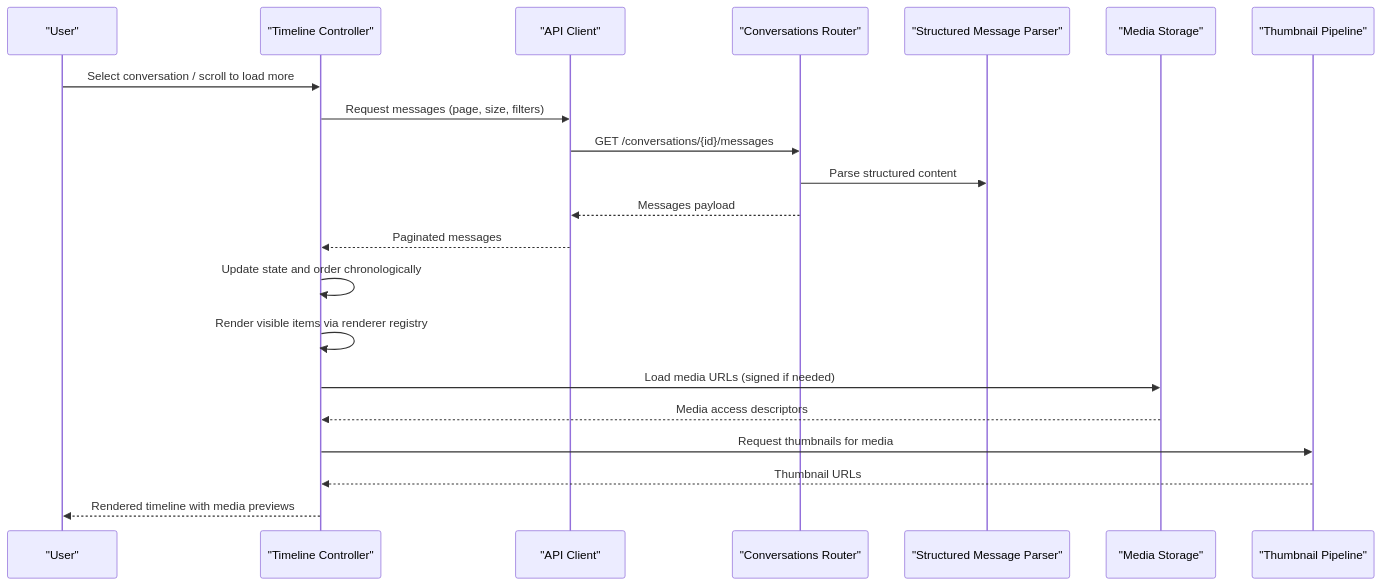
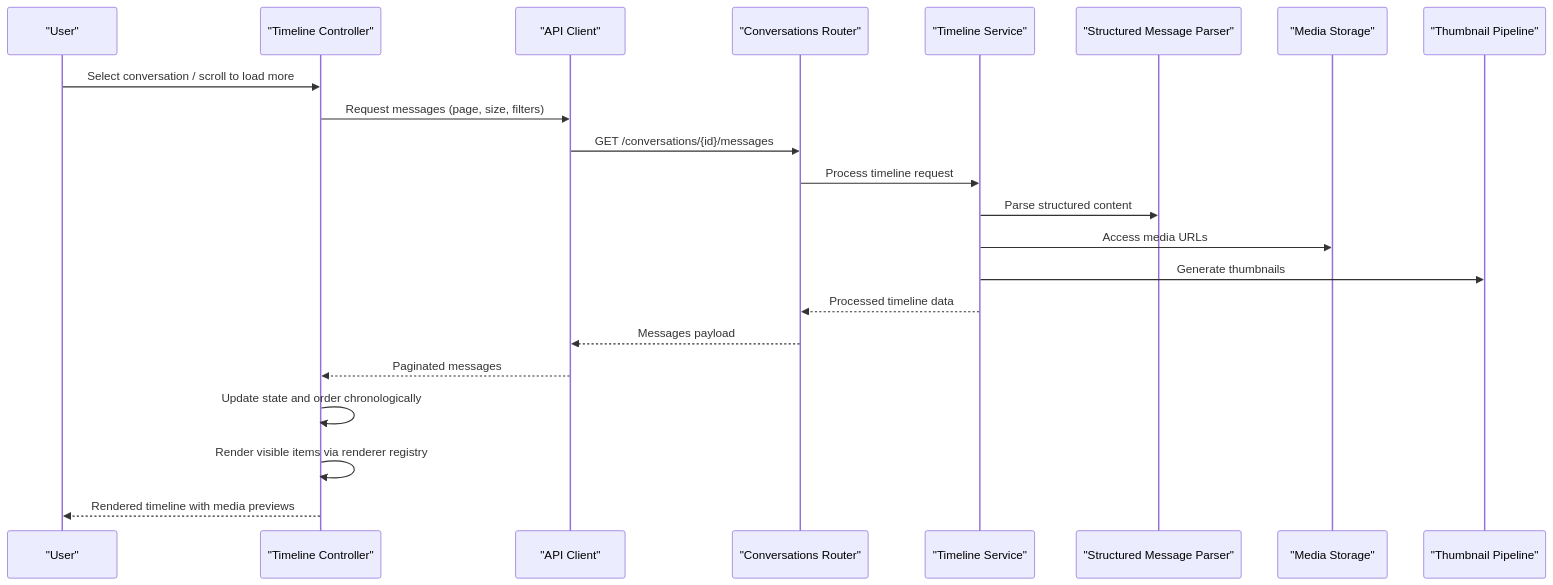
One commit to zuohaisu/wecom-archive changed the second of 4 diagrams in .qoder/repowiki/en/content/Web Application/Review Console Interface/Message Timeline Interface.md. Above: the diagram before and after it, drawn with Mermaid. The commit also changed other lines of this file and 109 other files, not shown here.

Commit message:
RND-221 提取统一 Media Access Service 与 Router

````diff
--- a/.qoder/repowiki/en/content/Web Application/Review Console Interface/Message Timeline Interface.md
+++ b/.qoder/repowiki/en/content/Web Application/Review Console Interface/Message Timeline Interface.md
@@ -122,23 +138,24 @@
 ```mermaid
 sequenceDiagram
 participant User as "User"
 participant TL as "Timeline Controller"
 participant API as "API Client"
 participant Router as "Conversations Router"
+participant TS as "Timeline Service"
 participant Parser as "Structured Message Parser"
 participant Storage as "Media Storage"
 participant Thumbnails as "Thumbnail Pipeline"
 User->>TL : Select conversation / scroll to load more
 TL->>API : Request messages (page, size, filters)
 API->>Router : GET /conversations/{id}/messages
-Router->>Parser : Parse structured content
+Router->>TS : Process timeline request
+TS->>Parser : Parse structured content
+TS->>Storage : Access media URLs
+TS->>Thumbnails : Generate thumbnails
+TS-->>Router : Processed timeline data
 Router-->>API : Messages payload
 API-->>TL : Paginated messages
 TL->>TL : Update state and order chronologically
 TL->>TL : Render visible items via renderer registry
-TL->>Storage : Load media URLs (signed if needed)
-Storage-->>TL : Media access descriptors
-TL->>Thumbnails : Request thumbnails for media
-Thumbnails-->>TL : Thumbnail URLs
 TL-->>User : Rendered timeline with media previews
 ```
````
